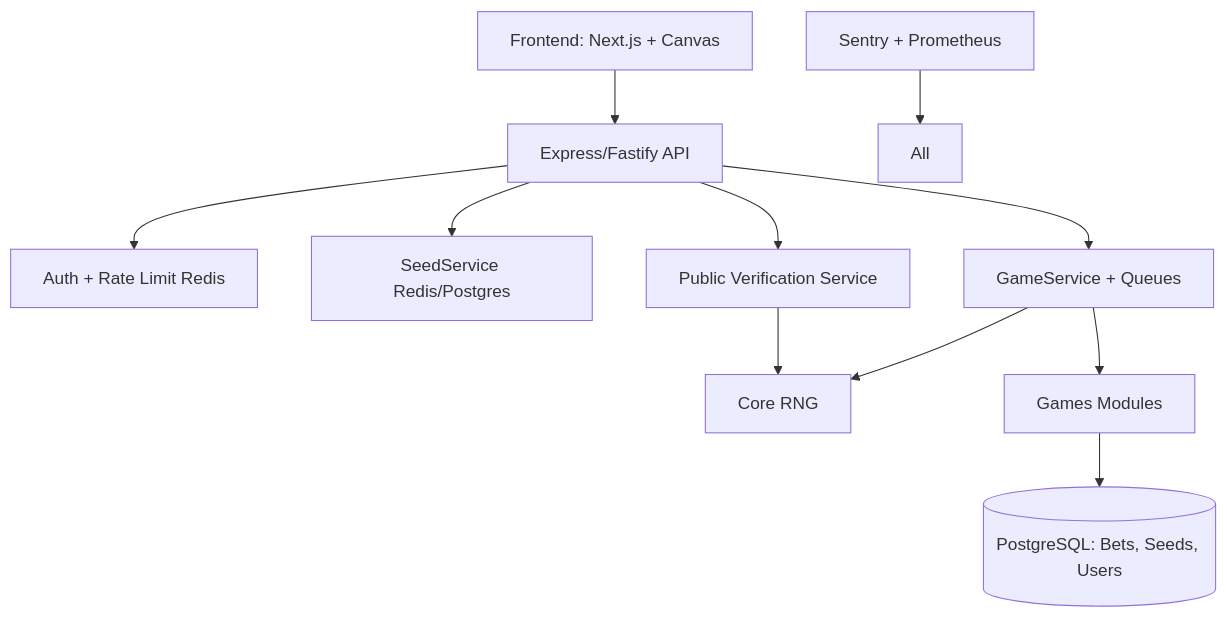
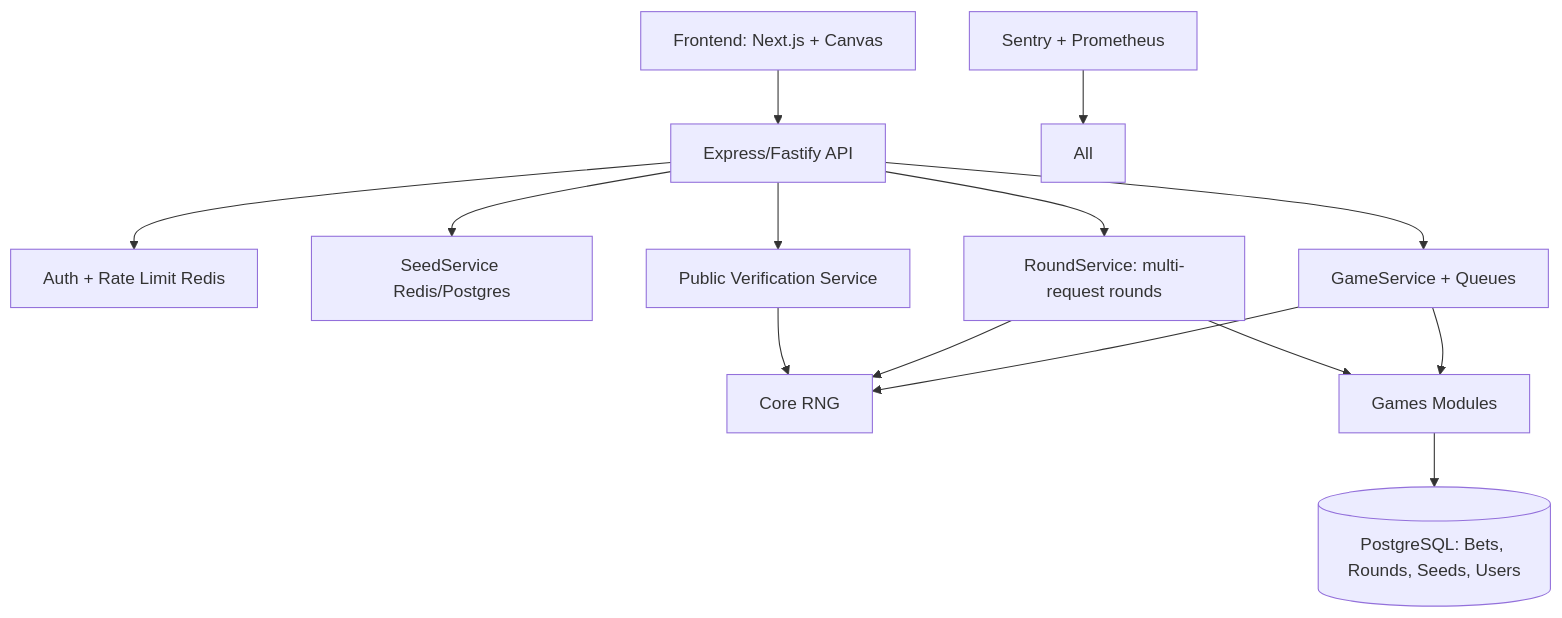
Before and after one commit to joeydd032995-pixel/CPlatform: the diagram in CLAUDE.md, drawn with Mermaid. The commit also changed other lines of this file and 2 other files, not shown here.

First line of the commit message:
test(server): round-action concurrency hardening; docs for round-state architecture

````diff
--- a/CLAUDE.md
+++ b/CLAUDE.md
@@ -17,13 +17,16 @@
 ```mermaid
 graph TD
     Client[Frontend: Next.js + Canvas] --> API[Express/Fastify API]
     API --> Auth[Auth + Rate Limit Redis]
     API --> SeedService[SeedService Redis/Postgres]
     API --> GameService[GameService + Queues]
+    API --> RoundService[RoundService: multi-request rounds]
     GameService --> RNG[Core RNG]
+    RoundService --> RNG
     GameService --> Games[Games Modules]
-    Games --> DB[(PostgreSQL: Bets, Seeds, Users)]
+    RoundService --> Games
+    Games --> DB[(PostgreSQL: Bets, Rounds, Seeds, Users)]
     API --> Verifier[Public Verification Service]
     Verifier --> RNG
     Monitoring[Sentry + Prometheus] --> All
 ```
````
